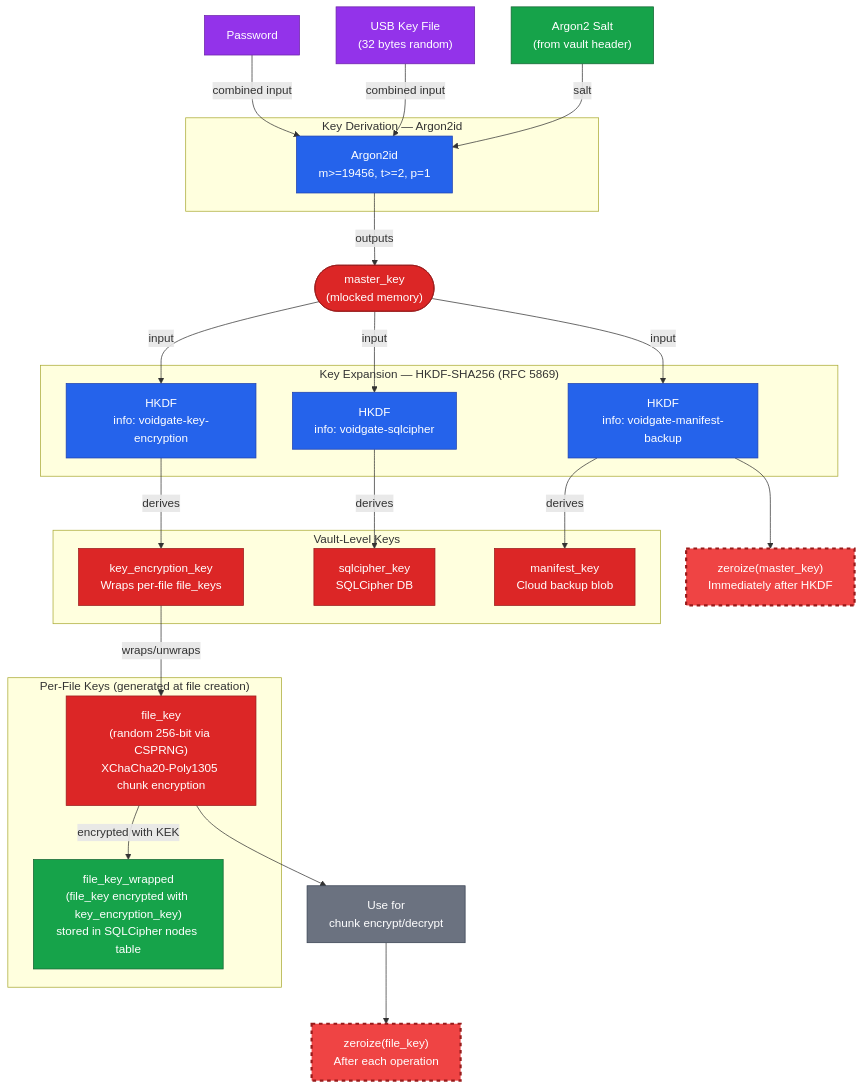
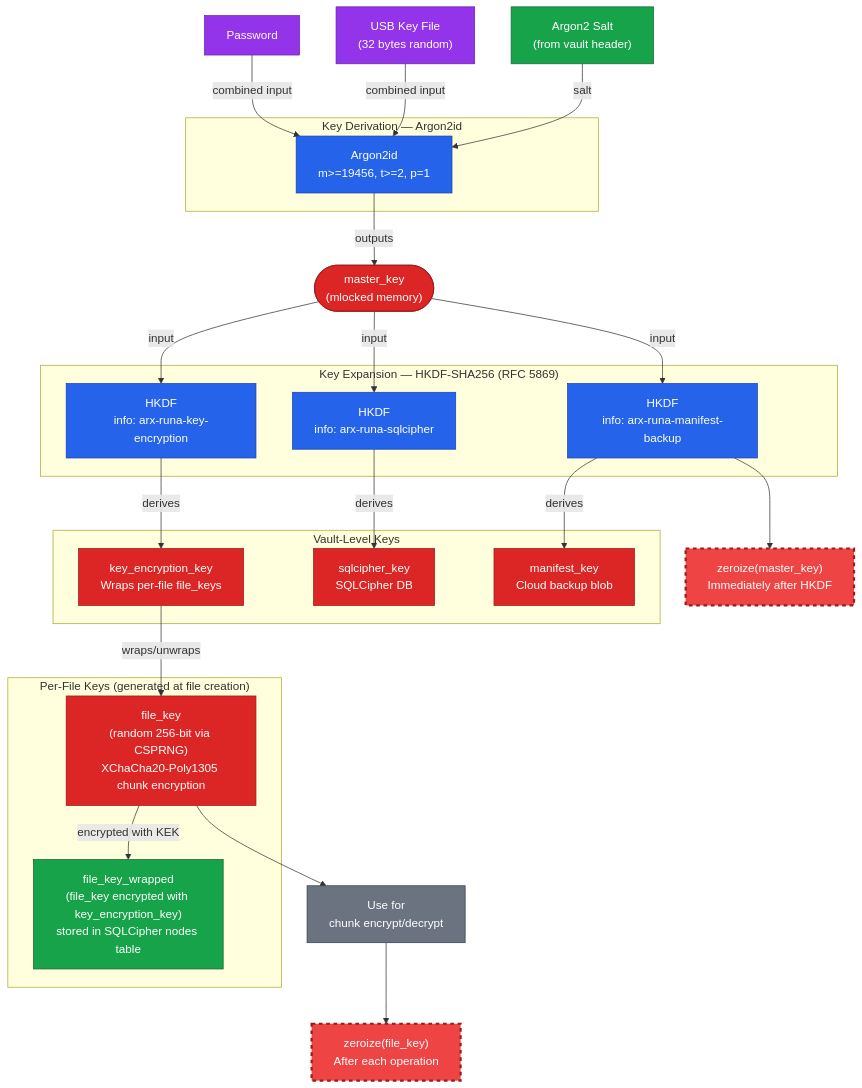
One commit to salgaard/arx-runa changed the diagram in docs/architecture/designs/cryptographic-primitives/diagrams/key-derivation-tree.md. Above: the diagram before and after it, drawn with Mermaid. The commit also changed 23 other files, not shown here.

````diff
--- a/docs/architecture/designs/cryptographic-primitives/diagrams/key-derivation-tree.md
+++ b/docs/architecture/designs/cryptographic-primitives/diagrams/key-derivation-tree.md
@@ -6,58 +6,58 @@
 ```mermaid
 flowchart TD
     PW["Password"]:::user
     KF["USB Key File<br/>(32 bytes random)"]:::user
     SALT["Argon2 Salt<br/>(from vault header)"]:::storage
 
     subgraph KDF ["Key Derivation — Argon2id"]
         ARGON["Argon2id<br/>m>=19456, t>=2, p=1"]:::crypto
     end
 
     MK_NODE(["master_key<br/>(mlocked memory)"]):::secret
 
     subgraph HKDF_LAYER ["Key Expansion — HKDF-SHA256 (RFC 5869)"]
-        HKDF1["HKDF<br/>info: voidgate-key-encryption"]:::crypto
-        HKDF2["HKDF<br/>info: voidgate-sqlcipher"]:::crypto
-        HKDF3["HKDF<br/>info: voidgate-manifest-backup"]:::crypto
+        HKDF1["HKDF<br/>info: arx-runa-key-encryption"]:::crypto
+        HKDF2["HKDF<br/>info: arx-runa-sqlcipher"]:::crypto
+        HKDF3["HKDF<br/>info: arx-runa-manifest-backup"]:::crypto
     end
 
     subgraph VAULT_KEYS ["Vault-Level Keys"]
         KEK["key_encryption_key<br/>Wraps per-file file_keys"]:::secret
         SK["sqlcipher_key<br/>SQLCipher DB"]:::secret
         MK["manifest_key<br/>Cloud backup blob"]:::secret
     end
 
     subgraph PER_FILE ["Per-File Keys (generated at file creation)"]
         FK["file_key<br/>(random 256-bit via CSPRNG)<br/>XChaCha20-Poly1305 chunk encryption"]:::secret
         FKW["file_key_wrapped<br/>(file_key encrypted with key_encryption_key)<br/>stored in SQLCipher nodes table"]:::storage
     end
 
     PW -->|combined input| ARGON
     KF -->|combined input| ARGON
     SALT -->|salt| ARGON
 
     ARGON -->|outputs| MK_NODE
 
     MK_NODE -->|input| HKDF1
     MK_NODE -->|input| HKDF2
     MK_NODE -->|input| HKDF3
 
     HKDF1 -->|derives| KEK
     HKDF2 -->|derives| SK
     HKDF3 -->|derives| MK
 
     HKDF3 --> ZEROIZE_MK["zeroize(master_key)<br/>Immediately after HKDF"]:::zeroize
 
     KEK -->|wraps/unwraps| FK
     FK -->|encrypted with KEK| FKW
 
     FK --> USE_FK["Use for<br/>chunk encrypt/decrypt"]:::proc
     USE_FK --> ZEROIZE_FK["zeroize(file_key)<br/>After each operation"]:::zeroize
 
     classDef secret fill:#dc2626,stroke:#991b1b,color:#fff
     classDef crypto fill:#2563eb,stroke:#1e40af,color:#fff
     classDef storage fill:#16a34a,stroke:#166534,color:#fff
     classDef user fill:#9333ea,stroke:#6b21a8,color:#fff
     classDef zeroize fill:#ef4444,stroke:#991b1b,color:#fff,stroke-width:3px,stroke-dasharray:5 5
     classDef proc fill:#6b7280,stroke:#374151,color:#fff
 ```
````
